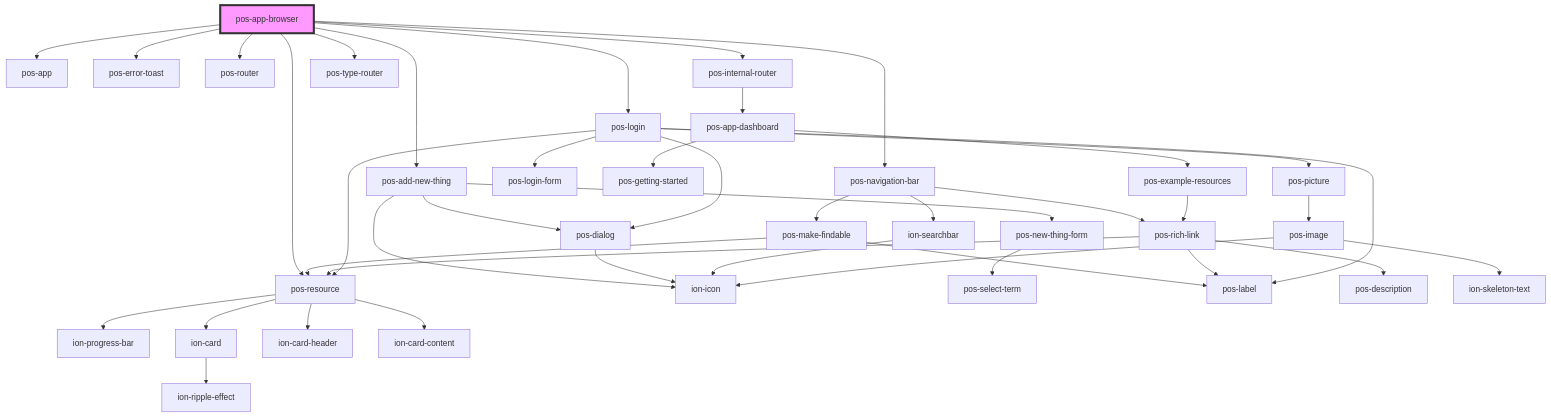
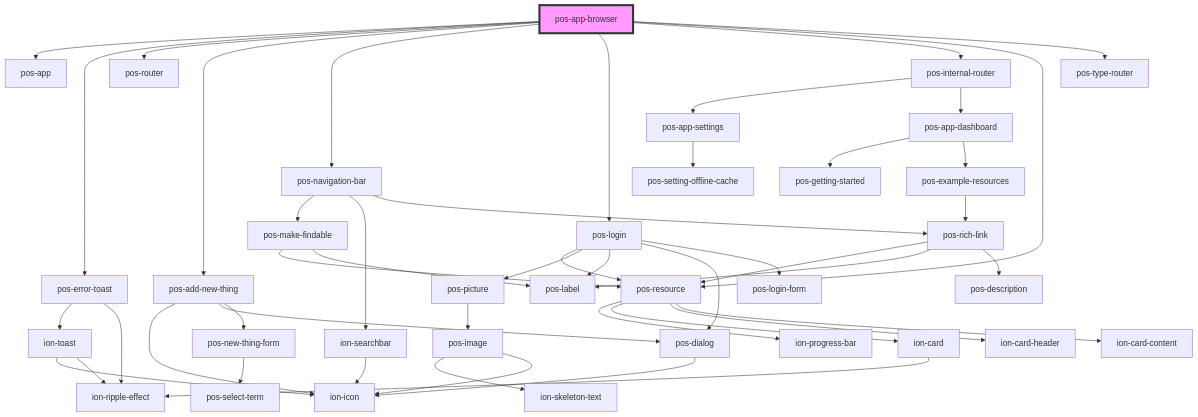
One commit to pod-os/PodOS changed the diagram in docs/elements/apps/pos-app-browser/readme.md. Above: the diagram before and after it, drawn with Mermaid. The commit also changed 6 other files, not shown here.

````diff
--- a/docs/elements/apps/pos-app-browser/readme.md
+++ b/docs/elements/apps/pos-app-browser/readme.md
@@ -31,44 +31,50 @@
 ```mermaid
 graph TD;
   pos-app-browser --> pos-app
   pos-app-browser --> pos-error-toast
   pos-app-browser --> pos-router
   pos-app-browser --> pos-add-new-thing
   pos-app-browser --> pos-navigation-bar
   pos-app-browser --> pos-login
   pos-app-browser --> pos-internal-router
   pos-app-browser --> pos-resource
   pos-app-browser --> pos-type-router
+  pos-error-toast --> ion-toast
+  pos-error-toast --> ion-ripple-effect
+  ion-toast --> ion-icon
+  ion-toast --> ion-ripple-effect
   pos-add-new-thing --> ion-icon
   pos-add-new-thing --> pos-dialog
   pos-add-new-thing --> pos-new-thing-form
   pos-dialog --> ion-icon
   pos-new-thing-form --> pos-select-term
   pos-navigation-bar --> pos-make-findable
   pos-navigation-bar --> ion-searchbar
   pos-navigation-bar --> pos-rich-link
   pos-make-findable --> pos-resource
   pos-make-findable --> pos-label
   pos-resource --> ion-progress-bar
   pos-resource --> ion-card
   pos-resource --> ion-card-header
   pos-resource --> ion-card-content
   ion-card --> ion-ripple-effect
   ion-searchbar --> ion-icon
   pos-rich-link --> pos-resource
   pos-rich-link --> pos-label
   pos-rich-link --> pos-description
   pos-login --> pos-resource
   pos-login --> pos-picture
   pos-login --> pos-label
   pos-login --> pos-dialog
   pos-login --> pos-login-form
   pos-picture --> pos-image
   pos-image --> ion-skeleton-text
   pos-image --> ion-icon
+  pos-internal-router --> pos-app-settings
   pos-internal-router --> pos-app-dashboard
+  pos-app-settings --> pos-setting-offline-cache
   pos-app-dashboard --> pos-getting-started
   pos-app-dashboard --> pos-example-resources
   pos-example-resources --> pos-rich-link
   style pos-app-browser fill:#f9f,stroke:#333,stroke-width:4px
 ```
````
